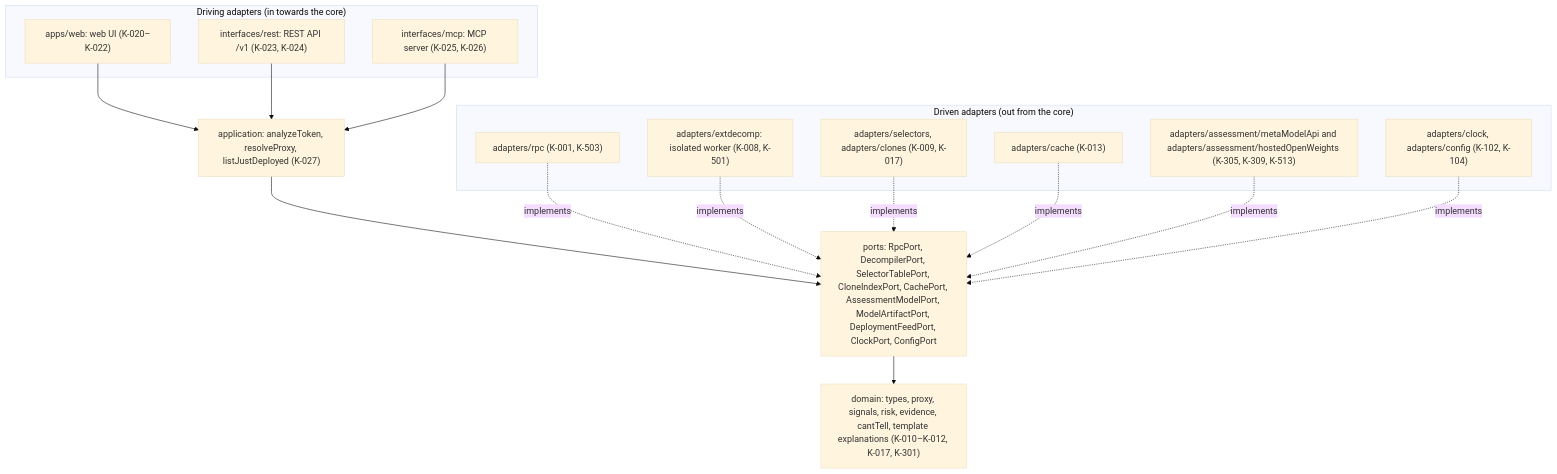
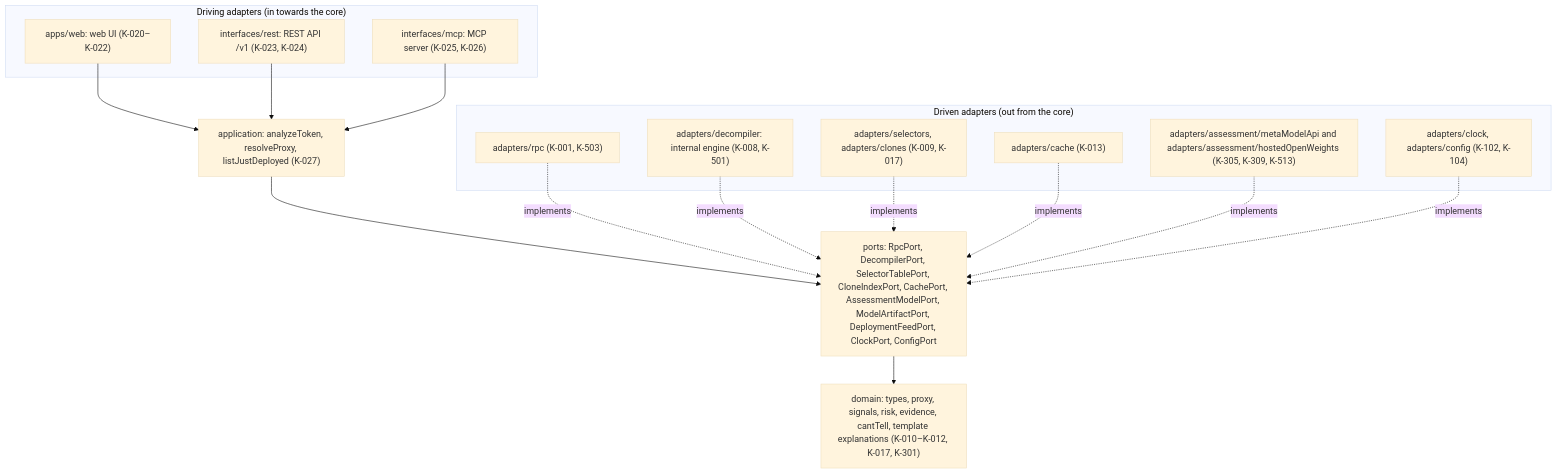
The diagram in docs/architecture.md (jensabrahamsson/brandklipparen), drawn with Mermaid (base theme) before and after one commit. The commit also changed other lines of this file and 51 other files, not shown here.

Commit message:
Review fix (HEIM-0): Remove the external decompiler integration; run only the internal decompiler

````diff
--- a/docs/architecture.md
+++ b/docs/architecture.md
@@ -23,30 +23,30 @@
 ```mermaid
 flowchart TB
     subgraph Driving["Driving adapters (in towards the core)"]
         WEB["apps/web: web UI (K-020–K-022)"]
         REST["interfaces/rest: REST API /v1 (K-023, K-024)"]
         MCP["interfaces/mcp: MCP server (K-025, K-026)"]
     end
     APP["application: analyzeToken, resolveProxy, listJustDeployed (K-027)"]
     PORTS["ports: RpcPort, DecompilerPort, SelectorTablePort, CloneIndexPort, CachePort, AssessmentModelPort, ModelArtifactPort, DeploymentFeedPort, ClockPort, ConfigPort"]
     CORE["domain: types, proxy, signals, risk, evidence, cantTell, template explanations (K-010–K-012, K-017, K-301)"]
     subgraph Driven["Driven adapters (out from the core)"]
         RPC["adapters/rpc (K-001, K-503)"]
-        HEIM["adapters/extdecomp: isolated worker (K-008, K-501)"]
+        INTDEC["adapters/decompiler: internal engine (K-008, K-501)"]
         SEL["adapters/selectors, adapters/clones (K-009, K-017)"]
         STOR["adapters/cache (K-013)"]
         MUSE["adapters/assessment/metaModelApi and adapters/assessment/hostedOpenWeights (K-305, K-309, K-513)"]
         MISC["adapters/clock, adapters/config (K-102, K-104)"]
     end
     WEB --> APP
     REST --> APP
     MCP --> APP
     APP --> PORTS
     PORTS --> CORE
     RPC -. implements .-> PORTS
-    HEIM -. implements .-> PORTS
+    INTDEC -. implements .-> PORTS
     SEL -. implements .-> PORTS
     STOR -. implements .-> PORTS
     MUSE -. implements .-> PORTS
     MISC -. implements .-> PORTS
 ```
````
